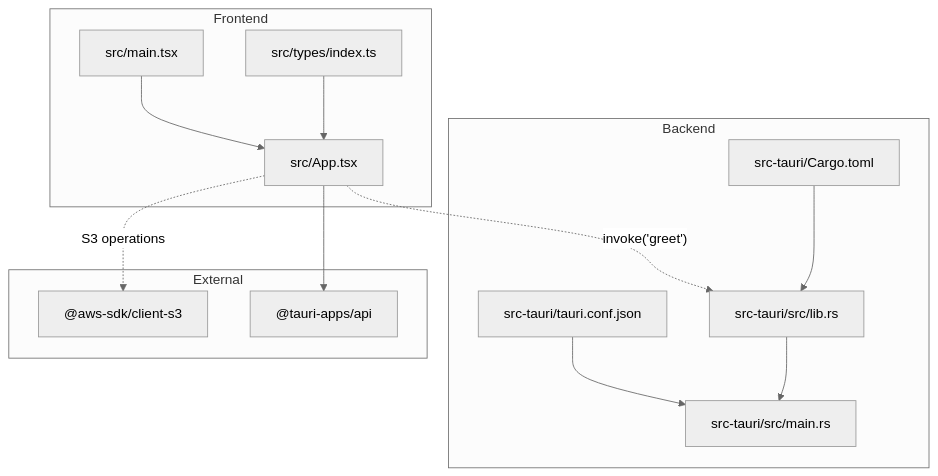
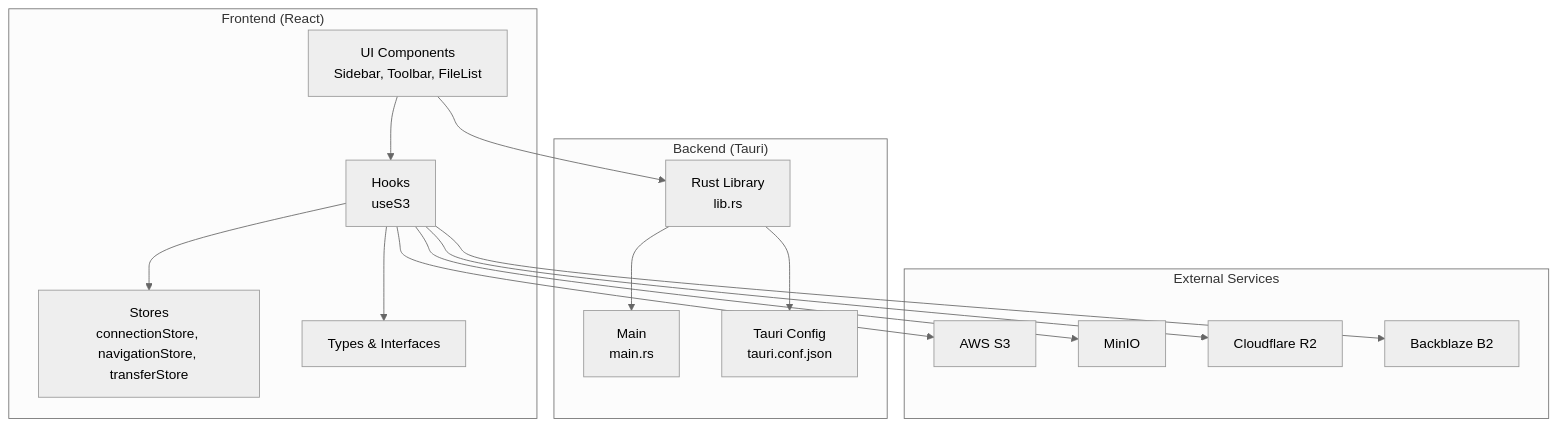
The first of 7 diagrams in .qoder/repowiki/en/content/Troubleshooting.md (nasrulhadi/s3-explorer), drawn with Mermaid (neutral theme) before and after one commit. The commit also changed other lines of this file and 46 other files, not shown here.

````diff
--- a/.qoder/repowiki/en/content/Troubleshooting.md
+++ b/.qoder/repowiki/en/content/Troubleshooting.md
@@ -39,26 +40,30 @@
 ```mermaid
 graph TB
-subgraph "Frontend"
-FE_App["src/App.tsx"]
-FE_Main["src/main.tsx"]
-FE_Types["src/types/index.ts"]
+subgraph "Frontend (React)"
+UI["UI Components<br/>Sidebar, Toolbar, FileList"]
+Hooks["Hooks<br/>useS3"]
+Stores["Stores<br/>connectionStore, navigationStore, transferStore"]
+Types["Types & Interfaces"]
 end
-subgraph "Backend"
-BE_Lib["src-tauri/src/lib.rs"]
-BE_Main["src-tauri/src/main.rs"]
-BE_Cargo["src-tauri/Cargo.toml"]
-BE_Conf["src-tauri/tauri.conf.json"]
+subgraph "Backend (Tauri)"
+TauriLib["Rust Library<br/>lib.rs"]
+TauriMain["Main<br/>main.rs"]
+Config["Tauri Config<br/>tauri.conf.json"]
 end
-subgraph "External"
-AWS["@aws-sdk/client-s3"]
-Tauri["@tauri-apps/api"]
+subgraph "External Services"
+AWS["AWS S3"]
+MinIO["MinIO"]
+R2["Cloudflare R2"]
+B2["Backblaze B2"]
 end
-FE_App --> Tauri
-FE_Types --> FE_App
-FE_Main --> FE_App
-BE_Lib --> BE_Main
-BE_Cargo --> BE_Lib
-BE_Conf --> BE_Main
-FE_App -. "invoke('greet')" .-> BE_Lib
-FE_App -. "S3 operations" .-> AWS
+UI --> Hooks
+Hooks --> Stores
+Hooks --> Types
+UI --> TauriLib
+TauriLib --> TauriMain
+TauriLib --> Config
+Hooks --> AWS
+Hooks --> MinIO
+Hooks --> R2
+Hooks --> B2
 ```
````
